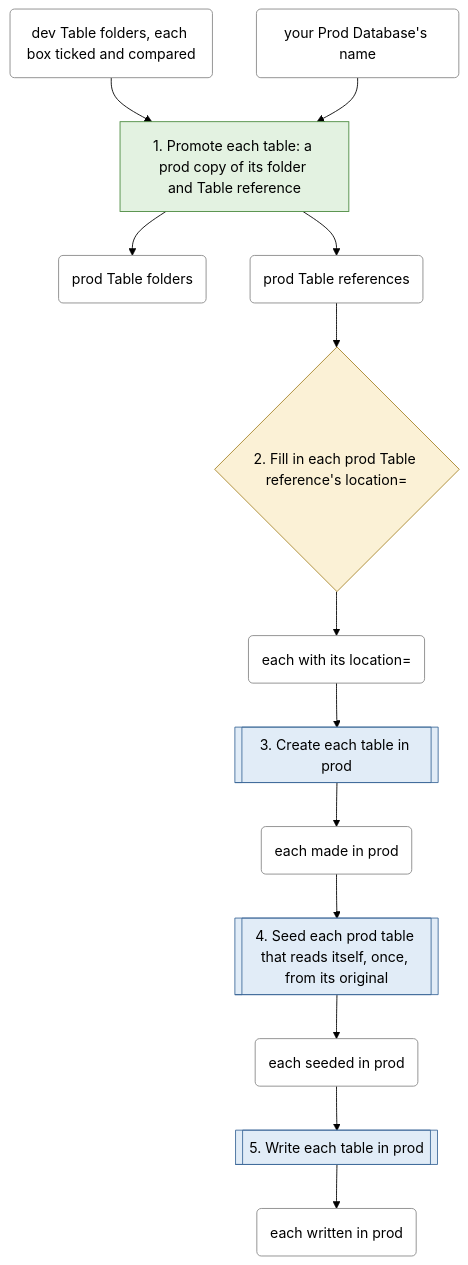
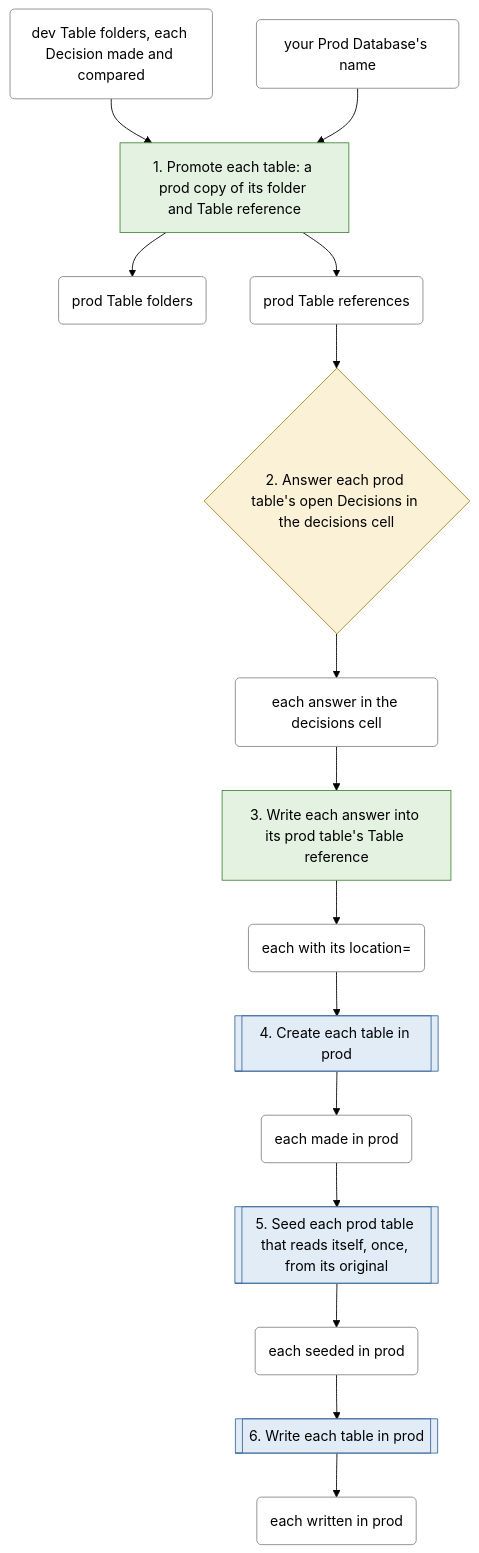
Before and after one commit to EdgyPage/SQL-Composer: the third of 8 diagrams in docs/clean-branch-readme.md, drawn with Mermaid (forest theme). The commit also changed other lines of this file and 43 other files, not shown here.

````diff
--- a/docs/clean-branch-readme.md
+++ b/docs/clean-branch-readme.md
@@ -477,32 +488,36 @@
 ```mermaid
 flowchart TD
     s0["1. Promote each table: a prod copy of its folder and Table reference"]:::files_only
-    s1{"2. Fill in each prod Table reference's location="}:::your_decision
-    s2[["3. Create each table in prod"]]:::warehouse_call
-    s3[["4. Seed each prod table that reads itself, once, from its original"]]:::warehouse_call
-    s4[["5. Write each table in prod"]]:::warehouse_call
-    t0("dev Table folders, each box ticked and compared"):::thing
+    s1{"2. Answer each prod table's open Decisions in the decisions cell"}:::your_decision
+    s2["3. Write each answer into its prod table's Table reference"]:::files_only
+    s3[["4. Create each table in prod"]]:::warehouse_call
+    s4[["5. Seed each prod table that reads itself, once, from its original"]]:::warehouse_call
+    s5[["6. Write each table in prod"]]:::warehouse_call
+    t0("dev Table folders, each Decision made and compared"):::thing
     t1("your Prod Database's name"):::thing
     t2("prod Table folders"):::thing
     t3("prod Table references"):::thing
-    t4("each with its location="):::thing
-    t5("each made in prod"):::thing
-    t6("each seeded in prod"):::thing
-    t7("each written in prod"):::thing
+    t4("each answer in the decisions cell"):::thing
+    t5("each with its location="):::thing
+    t6("each made in prod"):::thing
+    t7("each seeded in prod"):::thing
+    t8("each written in prod"):::thing
     t0 --> s0
     t1 --> s0
     s0 --> t2
     s0 --> t3
     t3 --> s1
     s1 --> t4
     t4 --> s2
     s2 --> t5
     t5 --> s3
     s3 --> t6
     t6 --> s4
     s4 --> t7
+    t7 --> s5
+    s5 --> t8
     classDef files_only fill:#e3f2e1,stroke:#4a8a3f
     classDef warehouse_call fill:#e1ecf7,stroke:#3f6a9a
     classDef your_decision fill:#fbf1d6,stroke:#a8842a
     classDef thing fill:#ffffff,stroke:#888888
 ```
````
